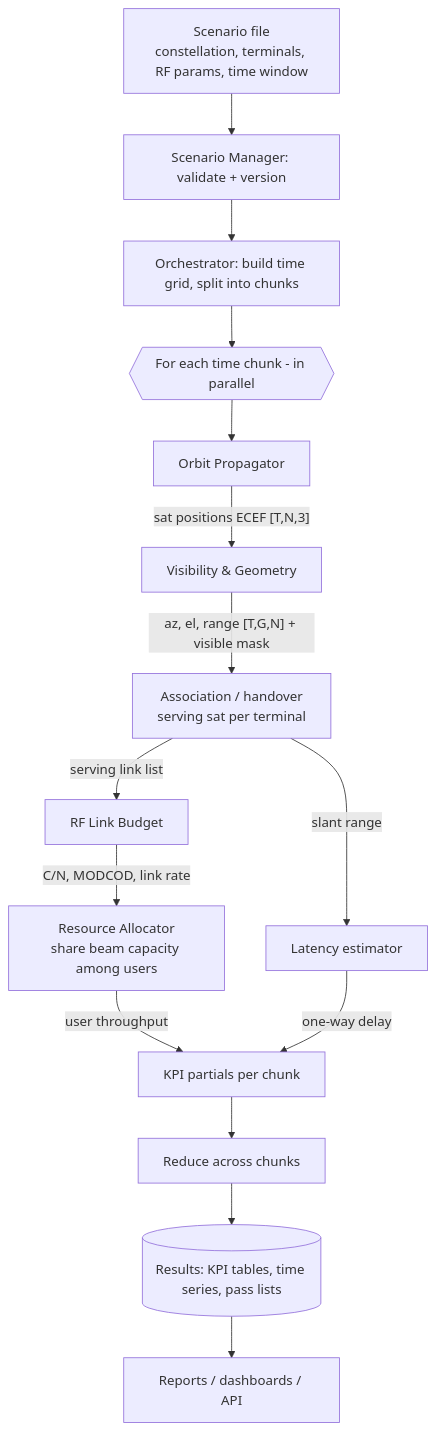
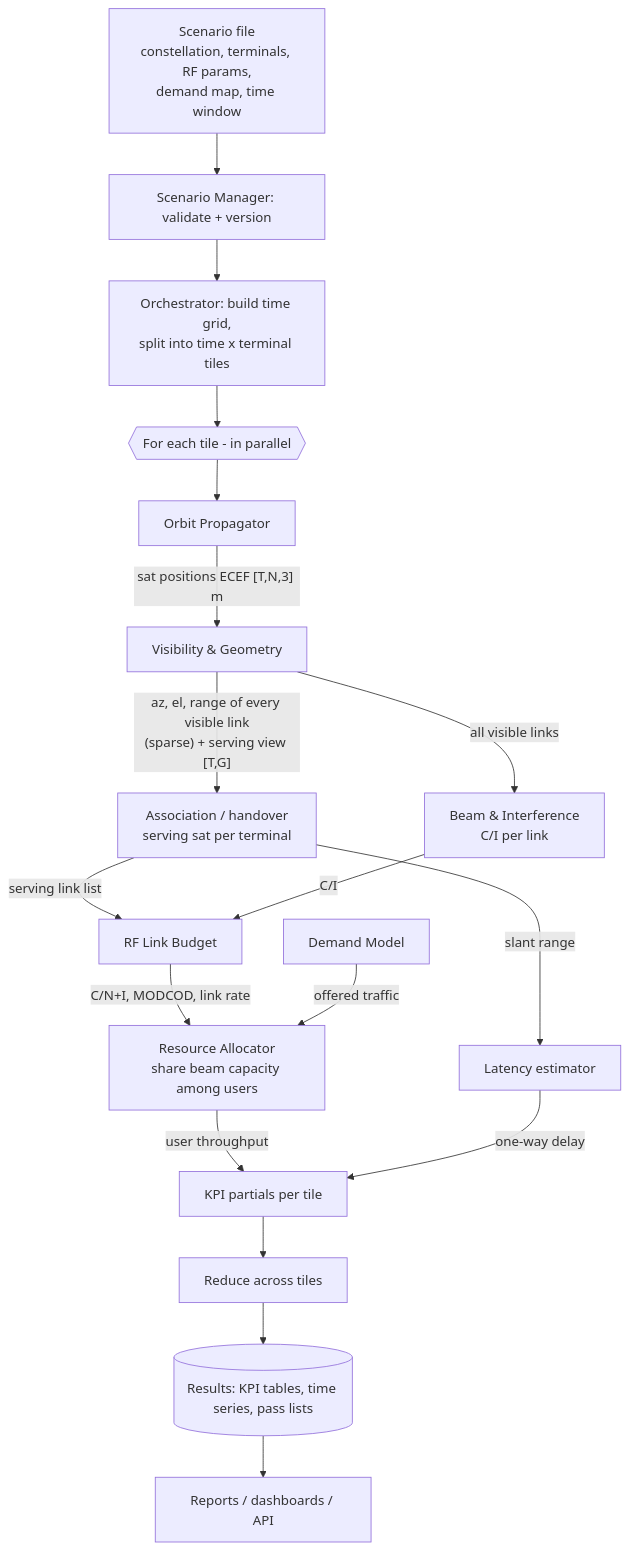
Before and after one commit to ArtDev390/e2eps: the second of 3 diagrams in docs/ARCHITECTURE.md, drawn with Mermaid. The commit also changed other lines of this file and 1 other file, not shown here.

Commit message:
docs: update README.md and ARCHITECTURE.md with scaling strategy and demand model details

````diff
--- a/docs/ARCHITECTURE.md
+++ b/docs/ARCHITECTURE.md
@@ -48,17 +81,20 @@
 ```mermaid
 flowchart TD
-  A[Scenario file<br/>constellation, terminals, RF params, time window] --> B[Scenario Manager: validate + version]
-  B --> C[Orchestrator: build time grid, split into chunks]
-  C --> D{{For each time chunk - in parallel}}
+  A[Scenario file<br/>constellation, terminals, RF params,<br/>demand map, time window] --> B[Scenario Manager: validate + version]
+  B --> C[Orchestrator: build time grid,<br/>split into time x terminal tiles]
+  C --> D{{For each tile - in parallel}}
   D --> E[Orbit Propagator]
-  E -- "sat positions ECEF [T,N,3]" --> F[Visibility & Geometry]
-  F -- "az, el, range [T,G,N] + visible mask" --> G[Association / handover<br/>serving sat per terminal]
+  E -- "sat positions ECEF [T,N,3] m" --> F[Visibility & Geometry]
+  F -- "az, el, range of every visible link<br/>(sparse) + serving view [T,G]" --> G[Association / handover<br/>serving sat per terminal]
+  F -- "all visible links" --> BI[Beam & Interference<br/>C/I per link]
   G -- "serving link list" --> H[RF Link Budget]
-  H -- "C/N, MODCOD, link rate" --> I[Resource Allocator<br/>share beam capacity among users]
+  BI -- "C/I" --> H
+  H -- "C/N+I, MODCOD, link rate" --> I[Resource Allocator<br/>share beam capacity among users]
+  DM[Demand Model] -- "offered traffic" --> I
   G -- "slant range" --> J[Latency estimator]
-  I -- "user throughput" --> K[KPI partials per chunk]
+  I -- "user throughput" --> K[KPI partials per tile]
   J -- "one-way delay" --> K
-  K --> L[Reduce across chunks]
+  K --> L[Reduce across tiles]
   L --> M[(Results: KPI tables, time series, pass lists)]
   M --> N[Reports / dashboards / API]
 ```
````
